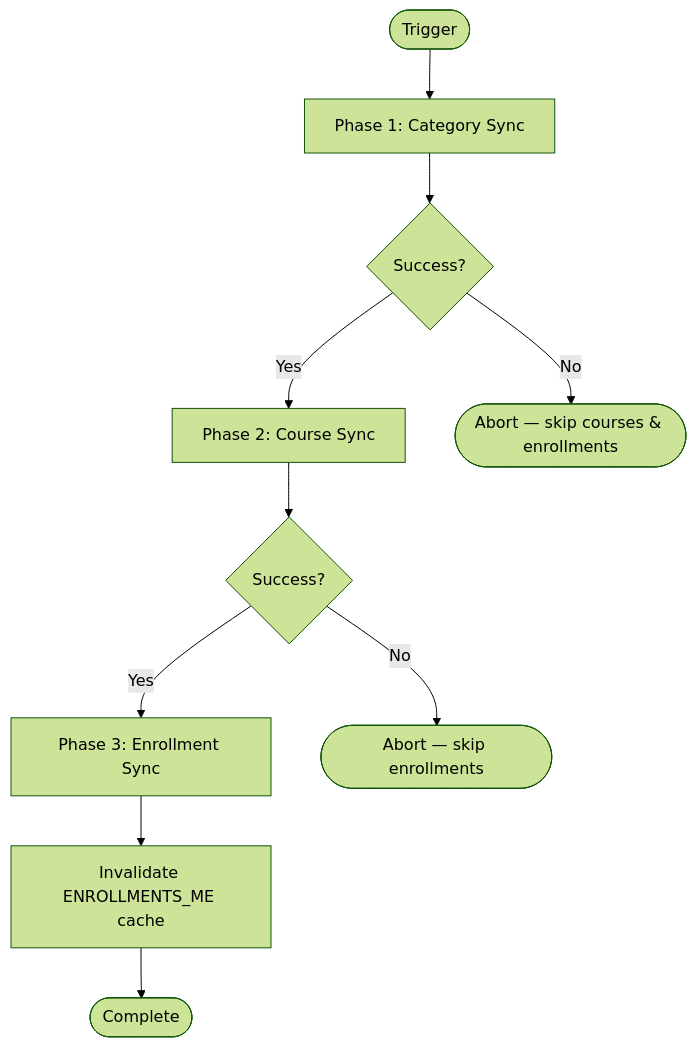
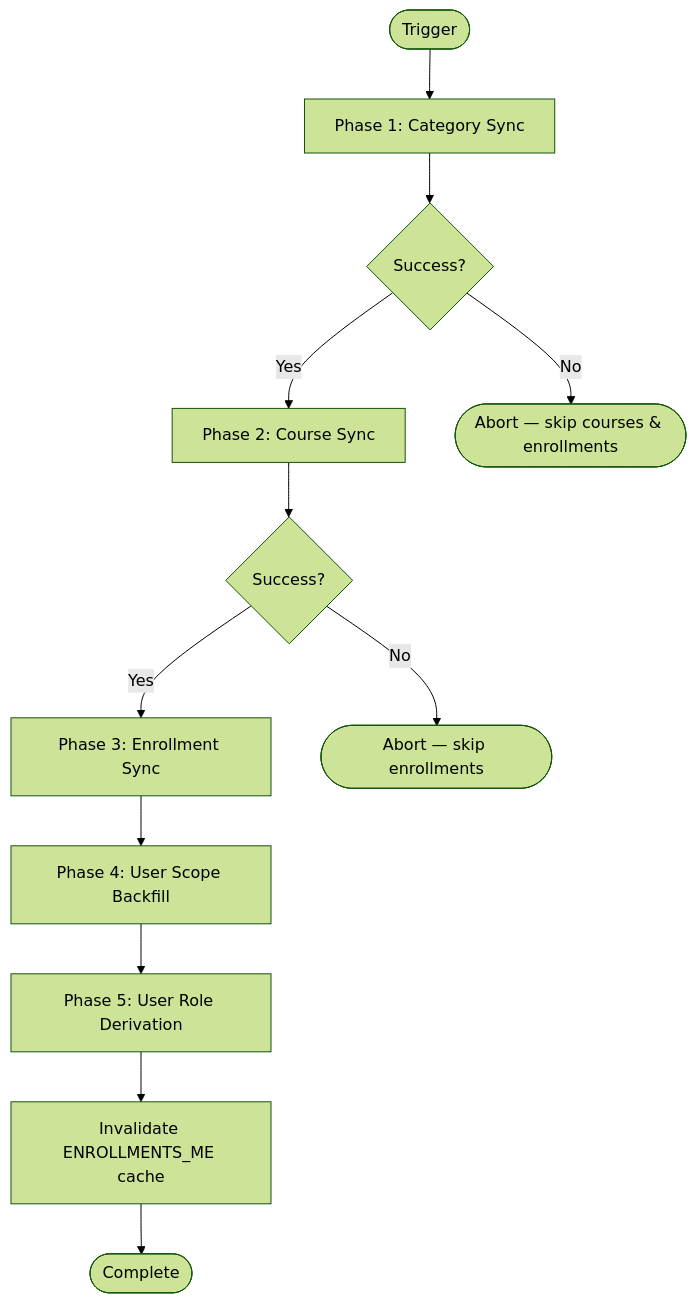
The diagram in content/docs/workflows/institutional-sync.mdx (CtrlAltElite-Devs/docs.dev.faculytics), drawn with Mermaid (forest theme) before and after one commit. The commit also changed other lines of this file and 9 other files, not shown here.

````diff
--- a/content/docs/workflows/institutional-sync.mdx
+++ b/content/docs/workflows/institutional-sync.mdx
@@ -28,12 +28,14 @@
 ```mermaid
 flowchart TD
     Start([Trigger]) --> Categories[Phase 1: Category Sync]
     Categories --> CatOK{Success?}
     CatOK -->|Yes| Courses[Phase 2: Course Sync]
     CatOK -->|No| Abort1([Abort — skip courses & enrollments])
     Courses --> CourseOK{Success?}
     CourseOK -->|Yes| Enrollments[Phase 3: Enrollment Sync]
     CourseOK -->|No| Abort2([Abort — skip enrollments])
-    Enrollments --> Cache[Invalidate ENROLLMENTS_ME cache]
+    Enrollments --> Scopes[Phase 4: User Scope Backfill]
+    Scopes --> Roles[Phase 5: User Role Derivation]
+    Roles --> Cache[Invalidate ENROLLMENTS_ME cache]
     Cache --> Done([Complete])
 ```
````
